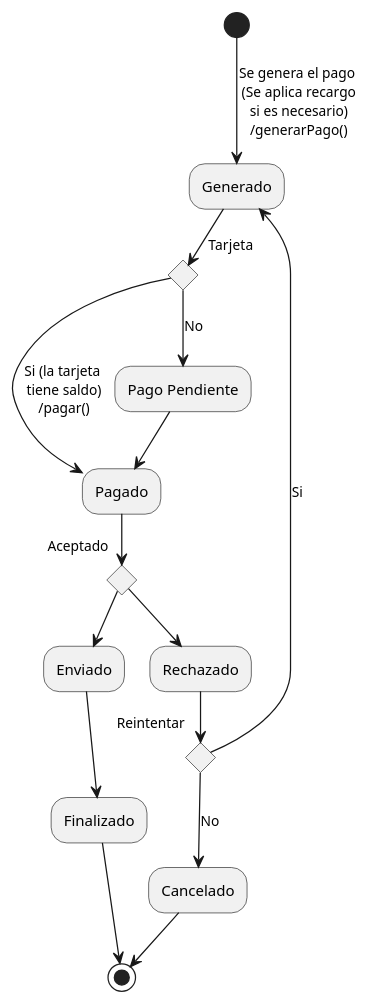
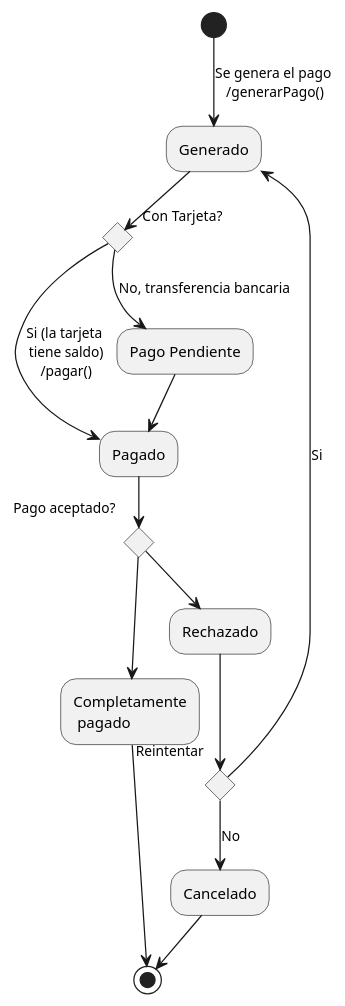
The diagram in Veterinaria/Diagrama de Estado/Diag Estado Metodo Pago.puml (TomasAlvarez78/Ing-en-Soft), drawn with PlantUML before and after one commit. The commit also changed 3 other files, not shown here.

Commit message:
Sequence Diagrams done

```diff
--- a/Veterinaria/Diagrama de Estado/Diag Estado Metodo Pago.puml
+++ b/Veterinaria/Diagrama de Estado/Diag Estado Metodo Pago.puml
@@ -1,21 +1,20 @@
 @startuml MetodoPago
-(*) --> [Se genera el pago\n (Se aplica recargo\n si es necesario)\n /generarPago()]Generado
-if "Tarjeta" then
+(*) --> [Se genera el pago\n /generarPago()]Generado
+if "Con Tarjeta?" then
     -->[Si (la tarjeta\n tiene saldo)\n /pagar()] Pagado
 else
-    --> [No] Pago Pendiente
+    --> [No, transferencia bancaria] Pago Pendiente
     --> Pagado
-if "Aceptado" then
-    --> Enviado
-    --> Finalizado
+if "Pago aceptado?" then
+    --> Completamente\n pagado
     --> (*)
 else
     --> Rechazado
     if "Reintentar" then
         --> [Si]Generado
     else
         --> [No]Cancelado
         --> (*)
     
     
 @enduml
```
